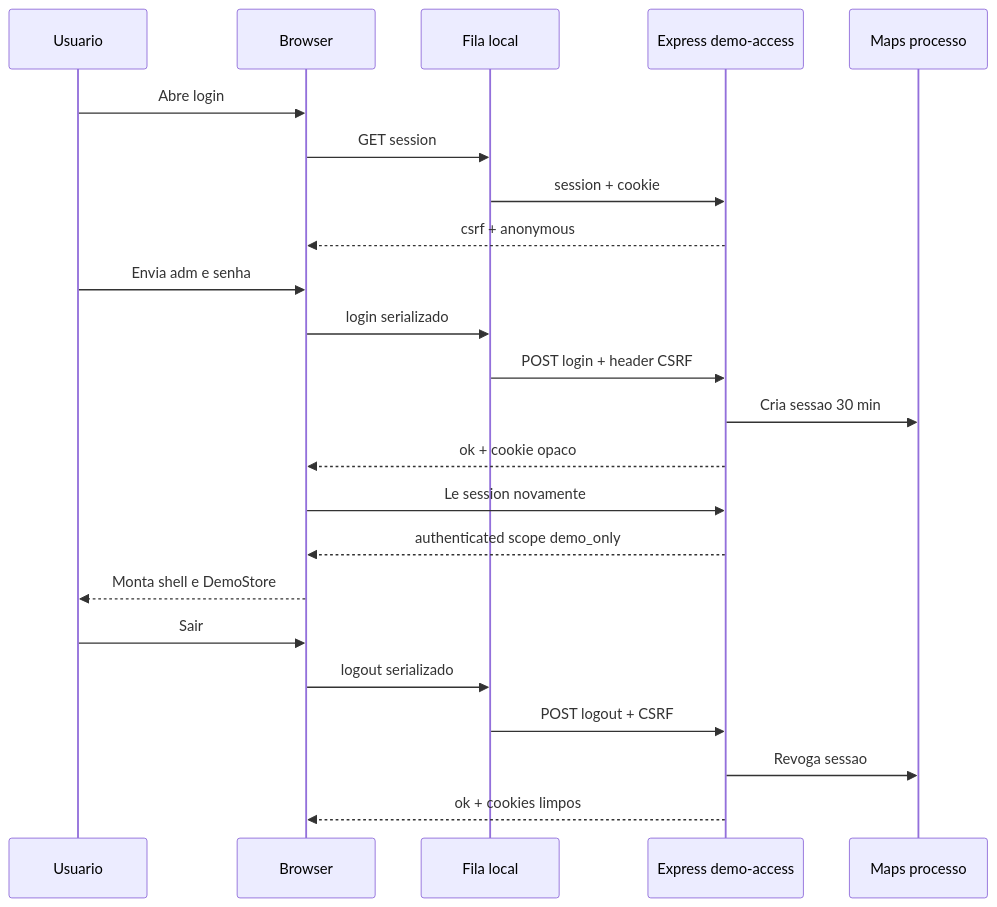
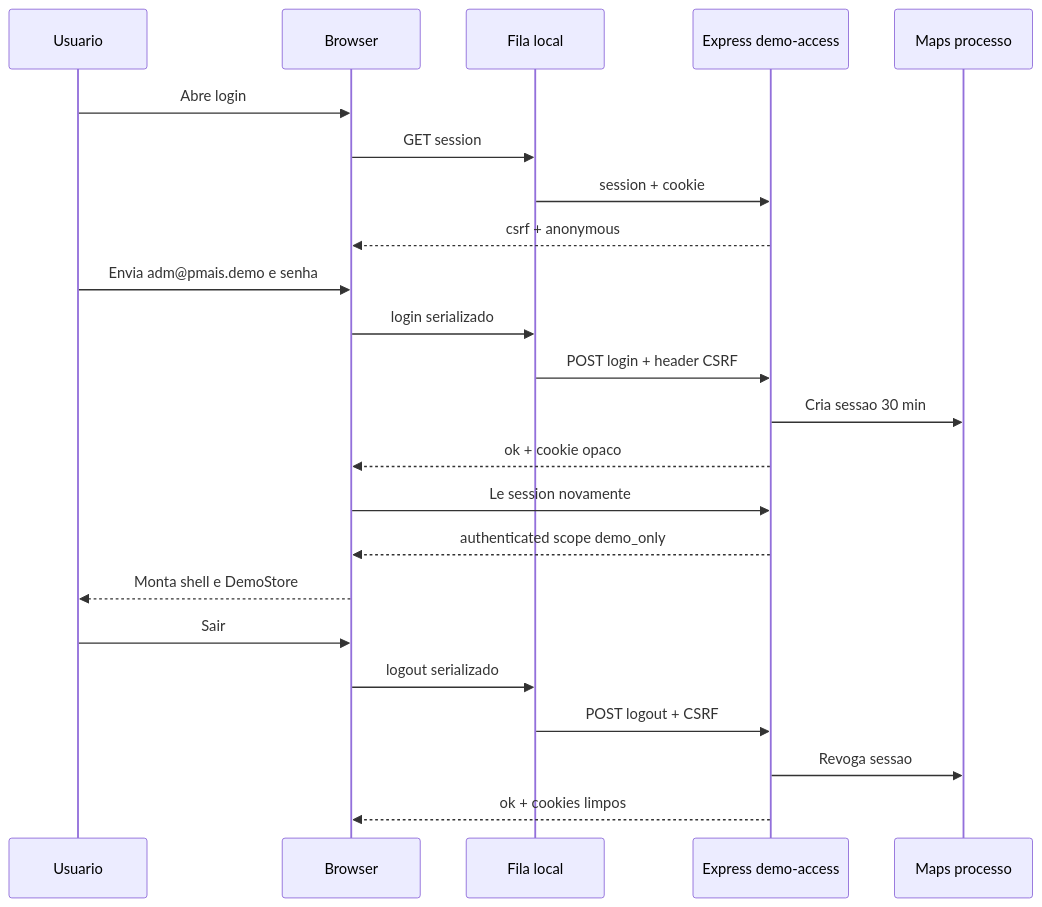
The diagram in prototipo/PMais_Financeiro/docs/diagramas/acesso-demo.mmd (pesquisemaisbrasil/PMais_Financeiro), drawn with Mermaid before and after one commit. The commit also changed 17 other files, not shown here.

```diff
--- a/prototipo/PMais_Financeiro/docs/diagramas/acesso-demo.mmd
+++ b/prototipo/PMais_Financeiro/docs/diagramas/acesso-demo.mmd
@@ -1,23 +1,23 @@
 sequenceDiagram
     participant U as Usuario
     participant B as Browser
     participant Q as Fila local
     participant S as Express demo-access
     participant M as Maps processo
     U->>B: Abre login
     B->>Q: GET session
     Q->>S: session + cookie
     S-->>B: csrf + anonymous
-    U->>B: Envia adm e senha
+    U->>B: Envia adm@pmais.demo e senha
     B->>Q: login serializado
     Q->>S: POST login + header CSRF
     S->>M: Cria sessao 30 min
     S-->>B: ok + cookie opaco
     B->>S: Le session novamente
     S-->>B: authenticated scope demo_only
     B-->>U: Monta shell e DemoStore
     U->>B: Sair
     B->>Q: logout serializado
     Q->>S: POST logout + CSRF
     S->>M: Revoga sessao
     S-->>B: ok + cookies limpos
```
